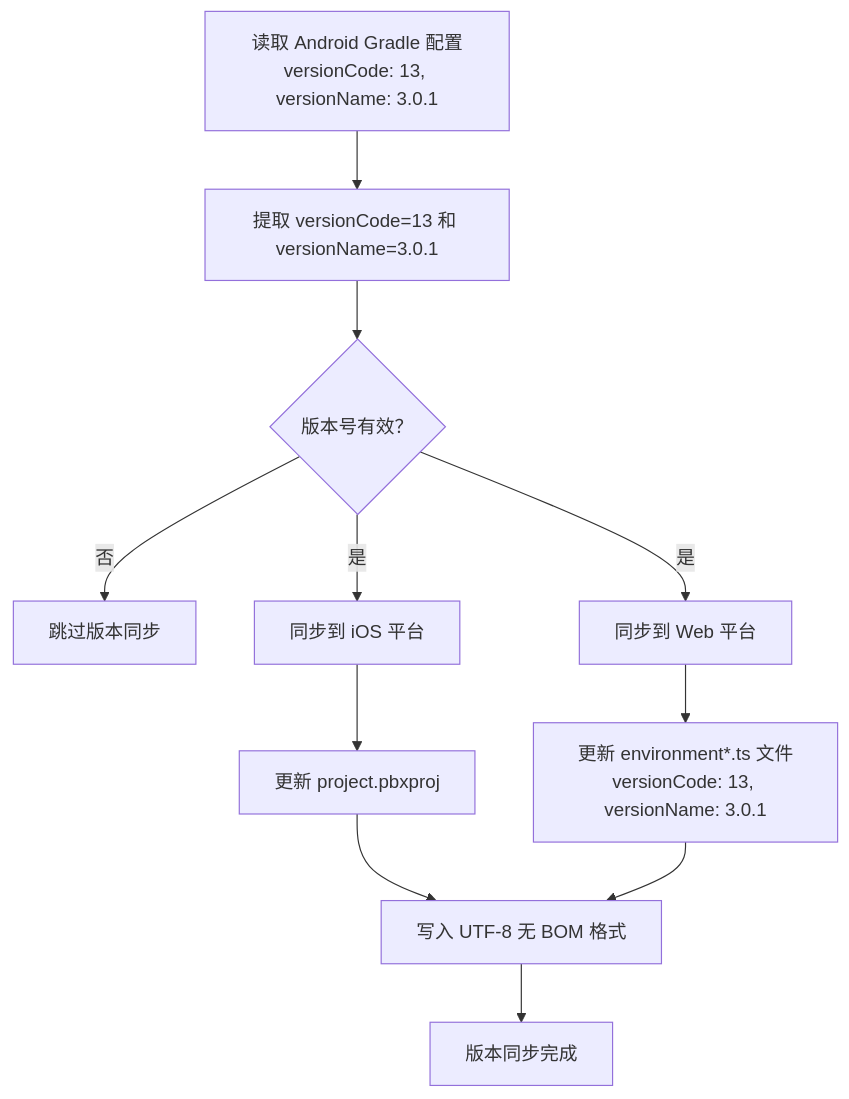
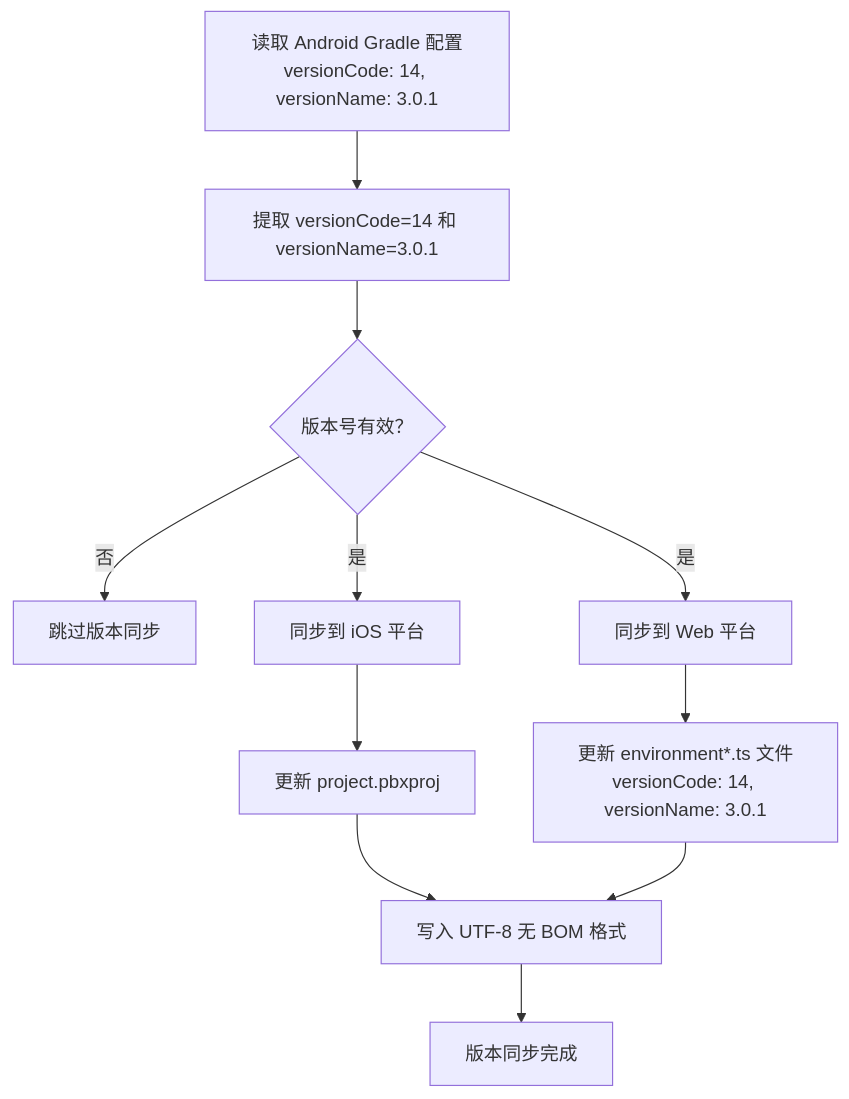
Before and after one commit to tea4go/Macro-Deck-Client-App: the fourth of 6 diagrams in .qoder/repowiki/zh/content/构建与部署/构建配置.md, drawn with Mermaid. The commit also changed other lines of this file and 4 other files, not shown here.

````diff
--- a/.qoder/repowiki/zh/content/构建与部署/构建配置.md
+++ b/.qoder/repowiki/zh/content/构建与部署/构建配置.md
@@ -722,13 +722,13 @@
 ```mermaid
 flowchart TD
-A["读取 Android Gradle 配置<br/>versionCode: 13, versionName: 3.0.1"] --> B["提取 versionCode=13 和 versionName=3.0.1"]
+A["读取 Android Gradle 配置<br/>versionCode: 14, versionName: 3.0.1"] --> B["提取 versionCode=14 和 versionName=3.0.1"]
 B --> C{"版本号有效？"}
 C --> |否| D["跳过版本同步"]
 C --> |是| E["同步到 iOS 平台"]
 C --> |是| F["同步到 Web 平台"]
 E --> G["更新 project.pbxproj"]
-F --> H["更新 environment*.ts 文件<br/>versionCode: 13, versionName: 3.0.1"]
+F --> H["更新 environment*.ts 文件<br/>versionCode: 14, versionName: 3.0.1"]
 G --> I["写入 UTF-8 无 BOM 格式"]
 H --> I
 I --> J["版本同步完成"]
 ```
````
